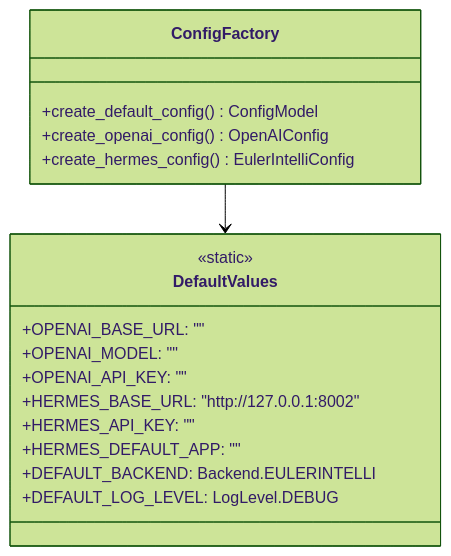
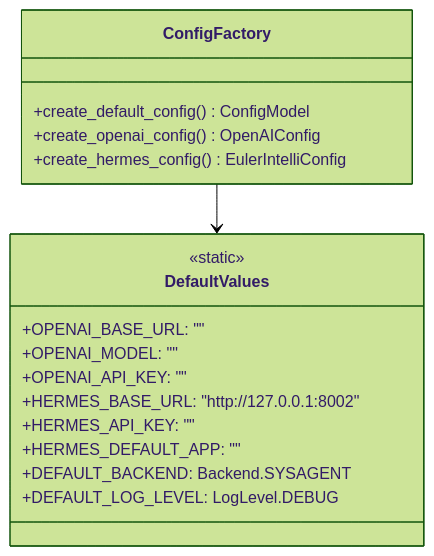
One commit to openeuler-mirror/euler-copilot-shell changed the eighth of 9 diagrams in docs/development/design/配置管理模块设计.md. Above: the diagram before and after it, drawn with Mermaid (forest theme). The commit also changed other lines of this file and 23 other files, not shown here.

````diff
--- a/docs/development/design/配置管理模块设计.md
+++ b/docs/development/design/配置管理模块设计.md
@@ -240,22 +240,22 @@
 ```mermaid
 classDiagram
     class DefaultValues {
         <<static>>
         +OPENAI_BASE_URL: ""
         +OPENAI_MODEL: ""
         +OPENAI_API_KEY: ""
         +HERMES_BASE_URL: "http://127.0.0.1:8002"
         +HERMES_API_KEY: ""
         +HERMES_DEFAULT_APP: ""
-        +DEFAULT_BACKEND: Backend.EULERINTELLI
+        +DEFAULT_BACKEND: Backend.SYSAGENT
         +DEFAULT_LOG_LEVEL: LogLevel.DEBUG
     }
     
     class ConfigFactory {
         +create_default_config() ConfigModel
         +create_openai_config() OpenAIConfig
         +create_hermes_config() EulerIntelliConfig
     }
     
     ConfigFactory --> DefaultValues
 ```
````
